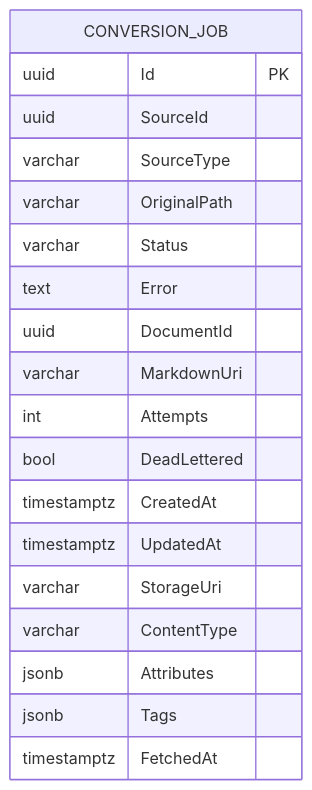
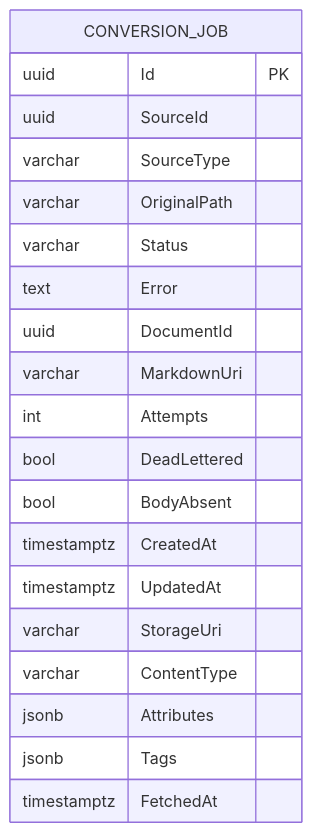
The diagram in docs/data/conversion-job.md (endazon/microservices-platform), drawn with Mermaid before and after one commit. The commit also changed other lines of this file and 64 other files, not shown here.

````diff
--- a/docs/data/conversion-job.md
+++ b/docs/data/conversion-job.md
@@ -75,22 +76,23 @@
 ```mermaid
 erDiagram
     CONVERSION_JOB {
         uuid Id PK
         uuid SourceId
         varchar SourceType
         varchar OriginalPath
         varchar Status
         text Error
         uuid DocumentId
         varchar MarkdownUri
         int Attempts
         bool DeadLettered
+        bool BodyAbsent
         timestamptz CreatedAt
         timestamptz UpdatedAt
         varchar StorageUri
         varchar ContentType
         jsonb Attributes
         jsonb Tags
         timestamptz FetchedAt
     }
 ```
````
